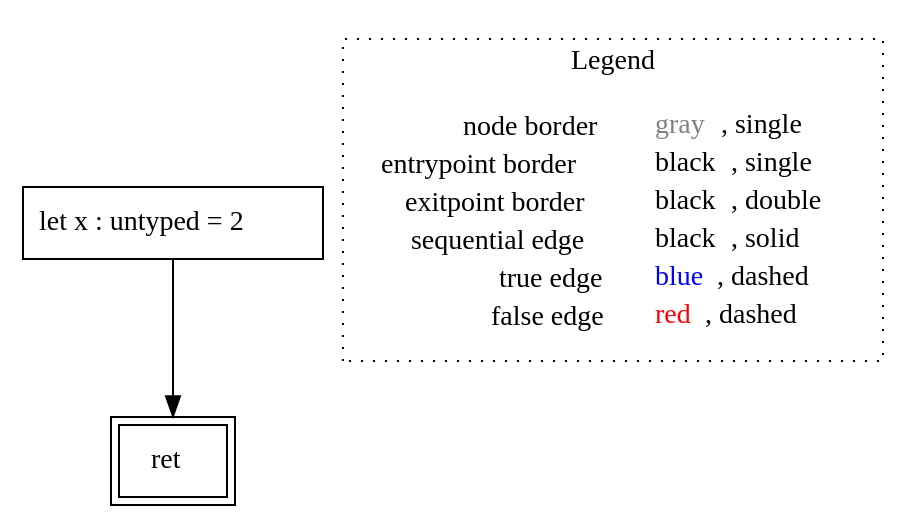
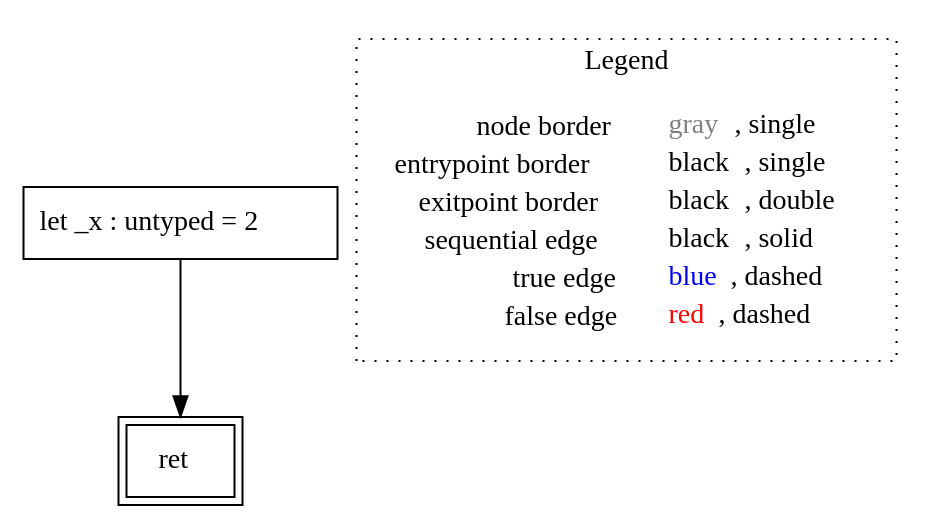
The diagram in rust-lisa/rust-testcases/cfg/struct-parsing/()_Number.zero().dot (VincenzoArceri/rust-lisa), drawn with Graphviz before and after one commit. The commit also changed 26 other files, not shown here.

```diff
--- a/rust-lisa/rust-testcases/cfg/struct-parsing/()_Number.zero().dot
+++ b/rust-lisa/rust-testcases/cfg/struct-parsing/()_Number.zero().dot
@@ -1,12 +1,12 @@
 digraph {
-	"node0" [shape="rect",color="black",label=<let x : untyped = 2>];
+	"node0" [shape="rect",color="black",label=<let _x : untyped = 2>];
 	"node1" [shape="rect",color="black",peripheries="2",label=<ret>];
 	"node0" -> "node1" [color="black"];
 subgraph cluster_legend {
 	label="Legend";
 	style=dotted;
 	node [shape=plaintext];
 	"legend" [label=<<table border="0" cellpadding="2" cellspacing="0" cellborder="0"><tr><td align="right">node border&nbsp;</td><td align="left"><font color="gray">gray</font>, single</td></tr><tr><td align="right">entrypoint border&nbsp;</td><td align="left"><font color="black">black</font>, single</td></tr><tr><td align="right">exitpoint border&nbsp;</td><td align="left"><font color="black">black</font>, double</td></tr><tr><td align="right">sequential edge&nbsp;</td><td align="left"><font color="black">black</font>, solid</td></tr><tr><td align="right">true edge&nbsp;</td><td align="left"><font color="blue">blue</font>, dashed</td></tr><tr><td align="right">false edge&nbsp;</td><td align="left"><font color="red">red</font>, dashed</td></tr></table>>];
 }
 
 }
```
